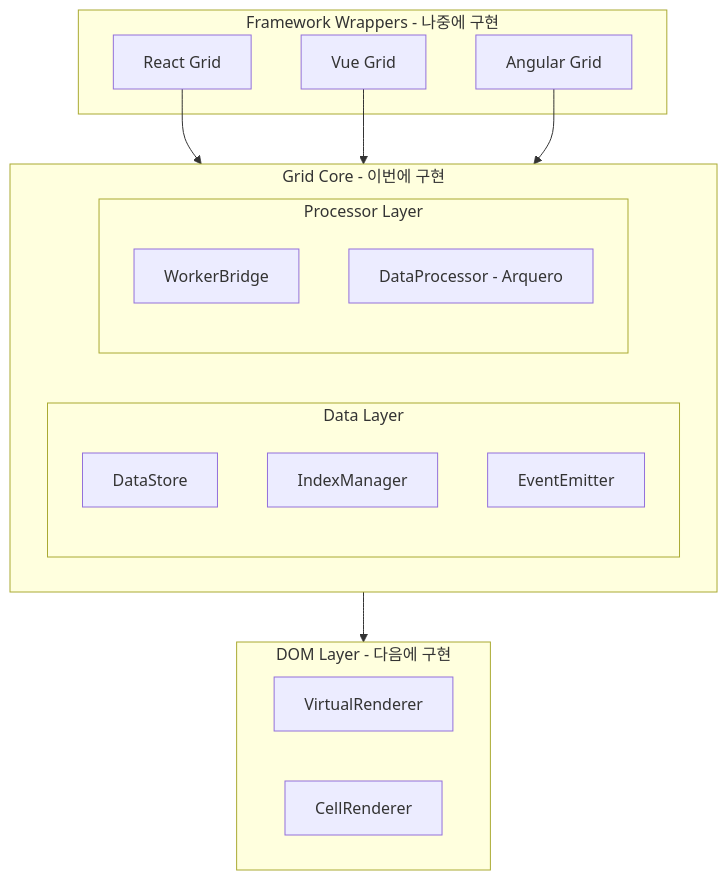
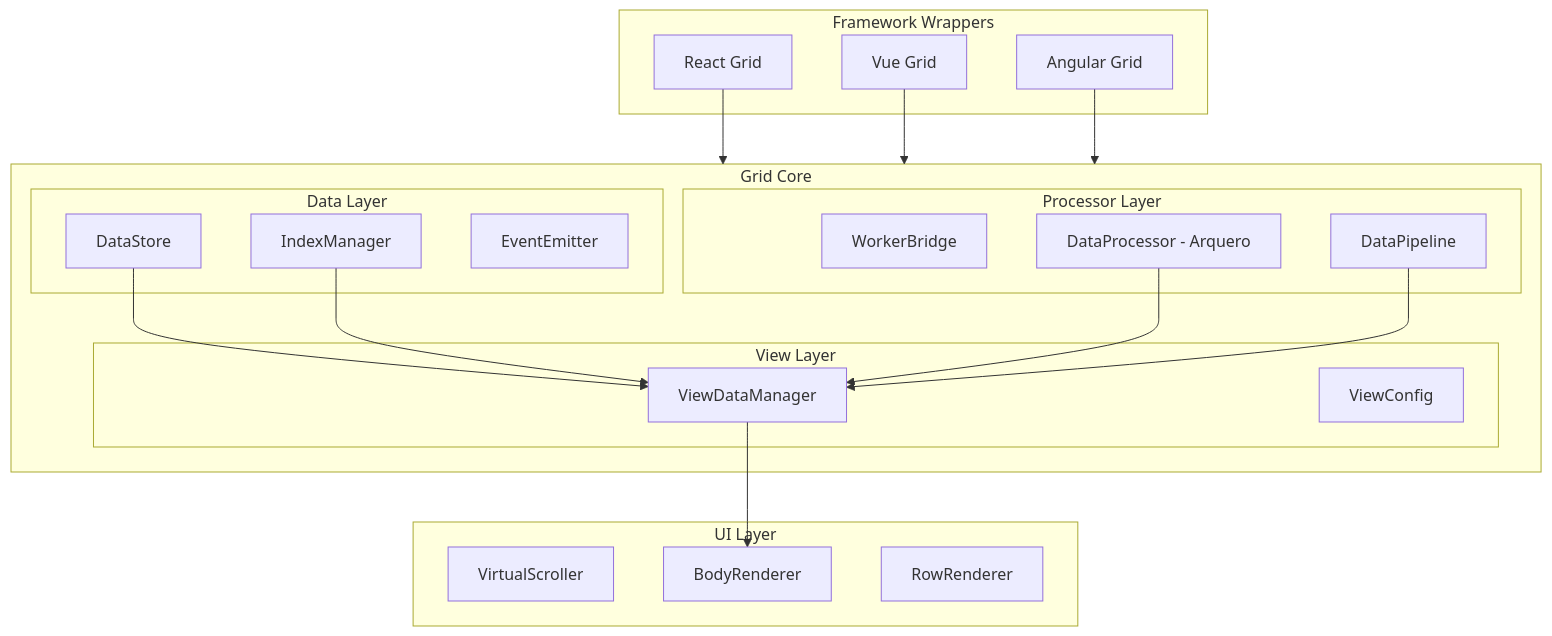
Before and after one commit to jook1356/grid: the diagram in docs/base/ARCHITECTURE-CORE.md, drawn with Mermaid. The commit also changed other lines of this file and 21 other files, not shown here.

````diff
--- a/docs/base/ARCHITECTURE-CORE.md
+++ b/docs/base/ARCHITECTURE-CORE.md
@@ -5,31 +5,42 @@
 ```mermaid
 flowchart TB
-    subgraph Wrappers [Framework Wrappers - 나중에 구현]
+    subgraph Wrappers [Framework Wrappers]
         ReactGrid[React Grid]
         VueGrid[Vue Grid]
         AngularGrid[Angular Grid]
     end
     
-    subgraph Core [Grid Core - 이번에 구현]
+    subgraph Core [Grid Core]
         subgraph DataLayer [Data Layer]
             DS[DataStore]
             IM[IndexManager]
             EM[EventEmitter]
         end
         
+        subgraph ViewLayer [View Layer]
+            VDM[ViewDataManager]
+            VC[ViewConfig]
+        end
+        
         subgraph ProcessorLayer [Processor Layer]
             WB[WorkerBridge]
             DP[DataProcessor - Arquero]
+            PL[DataPipeline]
         end
     end
     
-    subgraph FutureDOM [DOM Layer - 다음에 구현]
-        VR[VirtualRenderer]
-        CR[CellRenderer]
+    subgraph UILayer [UI Layer]
+        VR[VirtualScroller]
+        BR[BodyRenderer]
+        RR[RowRenderer]
     end
     
     ReactGrid --> Core
     VueGrid --> Core
     AngularGrid --> Core
-    Core --> FutureDOM
+    DS --> VDM
+    IM --> VDM
+    DP --> VDM
+    PL --> VDM
+    VDM --> BR
 ```
````
